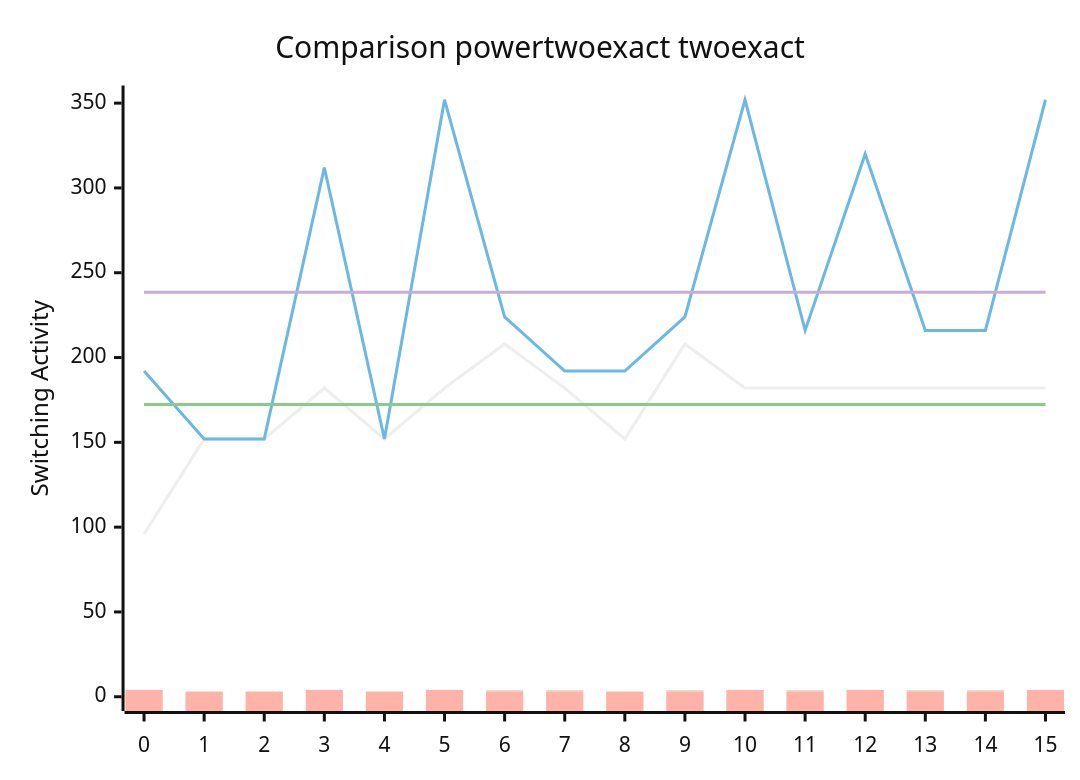
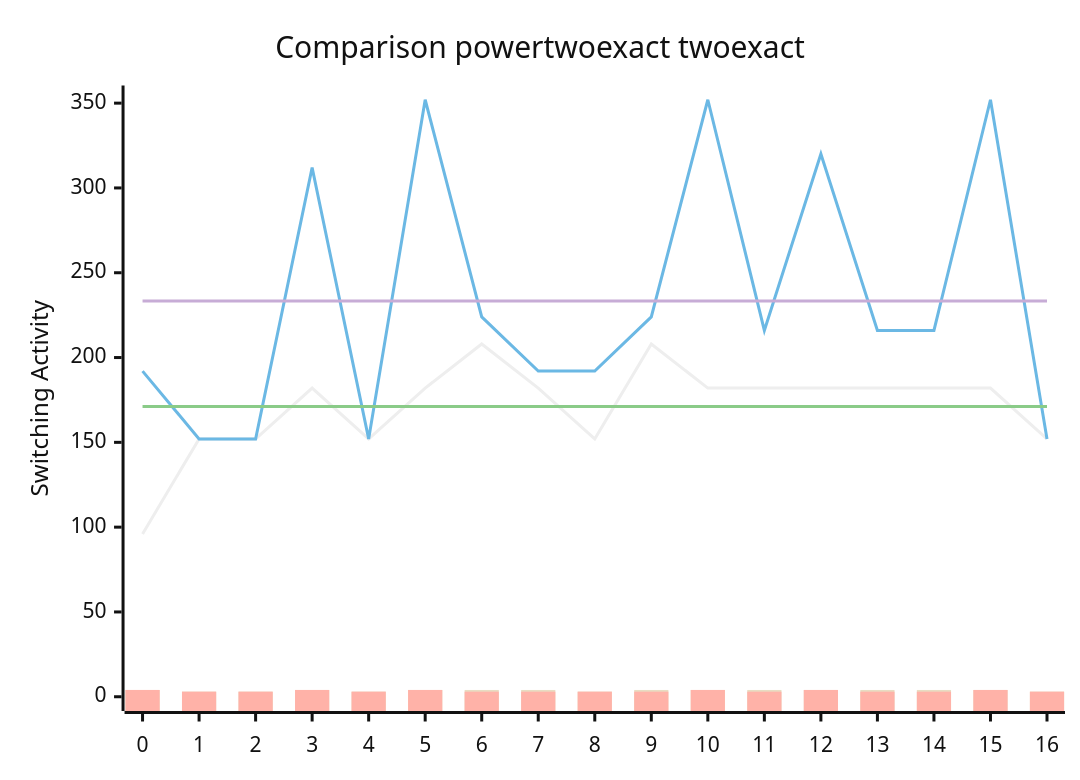
Before and after one commit to FeldmeierMichael/Exact-Power-Synthesis: the diagram in benchmark.md, drawn with Mermaid (neutral theme). The commit also changed other lines of this file and 2 other files, not shown here.

````diff
--- a/benchmark.md
+++ b/benchmark.md
@@ -33,12 +35,12 @@
 ```mermaid
 xychart-beta
     title "Comparison powertwoexact twoexact"
-    x-axis [0, 1, 2, 3, 4, 5, 6, 7, 8, 9, 10, 11, 12, 13, 14, 15]
+    x-axis [0, 1, 2, 3, 4, 5, 6, 7, 8, 9, 10, 11, 12, 13, 14, 15, 16]
     y-axis "Switching Activity" 0-->352
-    line [96, 152, 152, 182, 152, 182, 208, 182, 152, 208, 182, 182, 182, 182, 182, 182]
-    line [192, 152, 152, 312, 152, 352, 224, 192, 192, 224, 352, 216, 320, 216, 216, 352]
-    line [172.375, 172.375, 172.375, 172.375, 172.375, 172.375, 172.375, 172.375, 172.375, 172.375, 172.375, 172.375, 172.375, 172.375, 172.375, 172.375]
-    line [238.5, 238.5, 238.5, 238.5, 238.5, 238.5, 238.5, 238.5, 238.5, 238.5, 238.5, 238.5, 238.5, 238.5, 238.5, 238.5]
-    bar [4, 3, 3, 4, 3, 4, 4, 4, 3, 4, 4, 4, 4, 4, 4, 4, 4, 3, 3, 4, 3, 4, 4, 4, 3, 4, 4, 4, 4, 4, 4, 4, 4, 3, 3, 4, 3, 4, 4, 4, 3, 4, 4, 4, 4, 4, 4, 4, 4, 3, 3, 4, 3, 4, 4, 4, 3, 4, 4, 4, 4, 4, 4, 4, 4, 3, 3, 4, 3, 4, 4, 4, 3, 4, 4, 4, 4, 4, 4, 4, 4, 3, 3, 4, 3, 4, 4, 4, 3, 4, 4, 4, 4, 4, 4, 4, 4, 3, 3, 4, 3, 4, 4, 4, 3, 4, 4, 4, 4, 4, 4, 4, 4, 3, 3, 4, 3, 4, 4, 4, 3, 4, 4, 4, 4, 4, 4, 4, 4, 3, 3, 4, 3, 4, 4, 4, 3, 4, 4, 4, 4, 4, 4, 4, 4, 3, 3, 4, 3, 4, 4, 4, 3, 4, 4, 4, 4, 4, 4, 4, 4, 3, 3, 4, 3, 4, 4, 4, 3, 4, 4, 4, 4, 4, 4, 4, 4, 3, 3, 4, 3, 4, 4, 4, 3, 4, 4, 4, 4, 4, 4, 4, 4, 3, 3, 4, 3, 4, 4, 4, 3, 4, 4, 4, 4, 4, 4, 4, 4, 3, 3, 4, 3, 4, 4, 4, 3, 4, 4, 4, 4, 4, 4, 4, 4, 3, 3, 4, 3, 4, 4, 4, 3, 4, 4, 4, 4, 4, 4, 4, 4, 3, 3, 4, 3, 4, 4, 4, 3, 4, 4, 4, 4, 4, 4, 4, 4, 3, 3, 4, 3, 4, 4, 4, 3, 4, 4, 4, 4, 4, 4, 4, 4, 3, 3, 4, 3, 4, 4, 4, 3, 4, 4, 4, 4, 4, 4, 4, 4, 3, 3, 4, 3, 4, 4, 4, 3, 4, 4, 4, 4, 4, 4, 4, 4, 3, 3, 4, 3, 4, 4, 4, 3, 4, 4, 4, 4, 4, 4, 4]
-    bar [4, 3, 3, 4, 3, 4, 3, 3, 3, 3, 4, 3, 4, 3, 3, 4, 4, 3, 3, 4, 3, 4, 3, 3, 3, 3, 4, 3, 4, 3, 3, 4, 4, 3, 3, 4, 3, 4, 3, 3, 3, 3, 4, 3, 4, 3, 3, 4, 4, 3, 3, 4, 3, 4, 3, 3, 3, 3, 4, 3, 4, 3, 3, 4, 4, 3, 3, 4, 3, 4, 3, 3, 3, 3, 4, 3, 4, 3, 3, 4, 4, 3, 3, 4, 3, 4, 3, 3, 3, 3, 4, 3, 4, 3, 3, 4, 4, 3, 3, 4, 3, 4, 3, 3, 3, 3, 4, 3, 4, 3, 3, 4, 4, 3, 3, 4, 3, 4, 3, 3, 3, 3, 4, 3, 4, 3, 3, 4, 4, 3, 3, 4, 3, 4, 3, 3, 3, 3, 4, 3, 4, 3, 3, 4, 4, 3, 3, 4, 3, 4, 3, 3, 3, 3, 4, 3, 4, 3, 3, 4, 4, 3, 3, 4, 3, 4, 3, 3, 3, 3, 4, 3, 4, 3, 3, 4, 4, 3, 3, 4, 3, 4, 3, 3, 3, 3, 4, 3, 4, 3, 3, 4, 4, 3, 3, 4, 3, 4, 3, 3, 3, 3, 4, 3, 4, 3, 3, 4, 4, 3, 3, 4, 3, 4, 3, 3, 3, 3, 4, 3, 4, 3, 3, 4, 4, 3, 3, 4, 3, 4, 3, 3, 3, 3, 4, 3, 4, 3, 3, 4, 4, 3, 3, 4, 3, 4, 3, 3, 3, 3, 4, 3, 4, 3, 3, 4, 4, 3, 3, 4, 3, 4, 3, 3, 3, 3, 4, 3, 4, 3, 3, 4, 4, 3, 3, 4, 3, 4, 3, 3, 3, 3, 4, 3, 4, 3, 3, 4, 4, 3, 3, 4, 3, 4, 3, 3, 3, 3, 4, 3, 4, 3, 3, 4, 4, 3, 3, 4, 3, 4, 3, 3, 3, 3, 4, 3, 4, 3, 3, 4]
+    line [96, 152, 152, 182, 152, 182, 208, 182, 152, 208, 182, 182, 182, 182, 182, 182, 152]
+    line [192, 152, 152, 312, 152, 352, 224, 192, 192, 224, 352, 216, 320, 216, 216, 352, 152]
+    line [171.1764705882353, 171.1764705882353, 171.1764705882353, 171.1764705882353, 171.1764705882353, 171.1764705882353, 171.1764705882353, 171.1764705882353, 171.1764705882353, 171.1764705882353, 171.1764705882353, 171.1764705882353, 171.1764705882353, 171.1764705882353, 171.1764705882353, 171.1764705882353, 171.1764705882353]
+    line [233.41176470588235, 233.41176470588235, 233.41176470588235, 233.41176470588235, 233.41176470588235, 233.41176470588235, 233.41176470588235, 233.41176470588235, 233.41176470588235, 233.41176470588235, 233.41176470588235, 233.41176470588235, 233.41176470588235, 233.41176470588235, 233.41176470588235, 233.41176470588235, 233.41176470588235]
+    bar [4, 3, 3, 4, 3, 4, 4, 4, 3, 4, 4, 4, 4, 4, 4, 4, 3, 4, 3, 3, 4, 3, 4, 4, 4, 3, 4, 4, 4, 4, 4, 4, 4, 3, 4, 3, 3, 4, 3, 4, 4, 4, 3, 4, 4, 4, 4, 4, 4, 4, 3, 4, 3, 3, 4, 3, 4, 4, 4, 3, 4, 4, 4, 4, 4, 4, 4, 3, 4, 3, 3, 4, 3, 4, 4, 4, 3, 4, 4, 4, 4, 4, 4, 4, 3, 4, 3, 3, 4, 3, 4, 4, 4, 3, 4, 4, 4, 4, 4, 4, 4, 3, 4, 3, 3, 4, 3, 4, 4, 4, 3, 4, 4, 4, 4, 4, 4, 4, 3, 4, 3, 3, 4, 3, 4, 4, 4, 3, 4, 4, 4, 4, 4, 4, 4, 3, 4, 3, 3, 4, 3, 4, 4, 4, 3, 4, 4, 4, 4, 4, 4, 4, 3, 4, 3, 3, 4, 3, 4, 4, 4, 3, 4, 4, 4, 4, 4, 4, 4, 3, 4, 3, 3, 4, 3, 4, 4, 4, 3, 4, 4, 4, 4, 4, 4, 4, 3, 4, 3, 3, 4, 3, 4, 4, 4, 3, 4, 4, 4, 4, 4, 4, 4, 3, 4, 3, 3, 4, 3, 4, 4, 4, 3, 4, 4, 4, 4, 4, 4, 4, 3, 4, 3, 3, 4, 3, 4, 4, 4, 3, 4, 4, 4, 4, 4, 4, 4, 3, 4, 3, 3, 4, 3, 4, 4, 4, 3, 4, 4, 4, 4, 4, 4, 4, 3, 4, 3, 3, 4, 3, 4, 4, 4, 3, 4, 4, 4, 4, 4, 4, 4, 3, 4, 3, 3, 4, 3, 4, 4, 4, 3, 4, 4, 4, 4, 4, 4, 4, 3, 4, 3, 3, 4, 3, 4, 4, 4, 3, 4, 4, 4, 4, 4, 4, 4, 3, 4, 3, 3, 4, 3, 4, 4, 4, 3, 4, 4, 4, 4, 4, 4, 4, 3, 4, 3, 3, 4, 3, 4, 4, 4, 3, 4, 4, 4, 4, 4, 4, 4, 3]
+    bar [4, 3, 3, 4, 3, 4, 3, 3, 3, 3, 4, 3, 4, 3, 3, 4, 3, 4, 3, 3, 4, 3, 4, 3, 3, 3, 3, 4, 3, 4, 3, 3, 4, 3, 4, 3, 3, 4, 3, 4, 3, 3, 3, 3, 4, 3, 4, 3, 3, 4, 3, 4, 3, 3, 4, 3, 4, 3, 3, 3, 3, 4, 3, 4, 3, 3, 4, 3, 4, 3, 3, 4, 3, 4, 3, 3, 3, 3, 4, 3, 4, 3, 3, 4, 3, 4, 3, 3, 4, 3, 4, 3, 3, 3, 3, 4, 3, 4, 3, 3, 4, 3, 4, 3, 3, 4, 3, 4, 3, 3, 3, 3, 4, 3, 4, 3, 3, 4, 3, 4, 3, 3, 4, 3, 4, 3, 3, 3, 3, 4, 3, 4, 3, 3, 4, 3, 4, 3, 3, 4, 3, 4, 3, 3, 3, 3, 4, 3, 4, 3, 3, 4, 3, 4, 3, 3, 4, 3, 4, 3, 3, 3, 3, 4, 3, 4, 3, 3, 4, 3, 4, 3, 3, 4, 3, 4, 3, 3, 3, 3, 4, 3, 4, 3, 3, 4, 3, 4, 3, 3, 4, 3, 4, 3, 3, 3, 3, 4, 3, 4, 3, 3, 4, 3, 4, 3, 3, 4, 3, 4, 3, 3, 3, 3, 4, 3, 4, 3, 3, 4, 3, 4, 3, 3, 4, 3, 4, 3, 3, 3, 3, 4, 3, 4, 3, 3, 4, 3, 4, 3, 3, 4, 3, 4, 3, 3, 3, 3, 4, 3, 4, 3, 3, 4, 3, 4, 3, 3, 4, 3, 4, 3, 3, 3, 3, 4, 3, 4, 3, 3, 4, 3, 4, 3, 3, 4, 3, 4, 3, 3, 3, 3, 4, 3, 4, 3, 3, 4, 3, 4, 3, 3, 4, 3, 4, 3, 3, 3, 3, 4, 3, 4, 3, 3, 4, 3, 4, 3, 3, 4, 3, 4, 3, 3, 3, 3, 4, 3, 4, 3, 3, 4, 3, 4, 3, 3, 4, 3, 4, 3, 3, 3, 3, 4, 3, 4, 3, 3, 4, 3]
 ```
````
